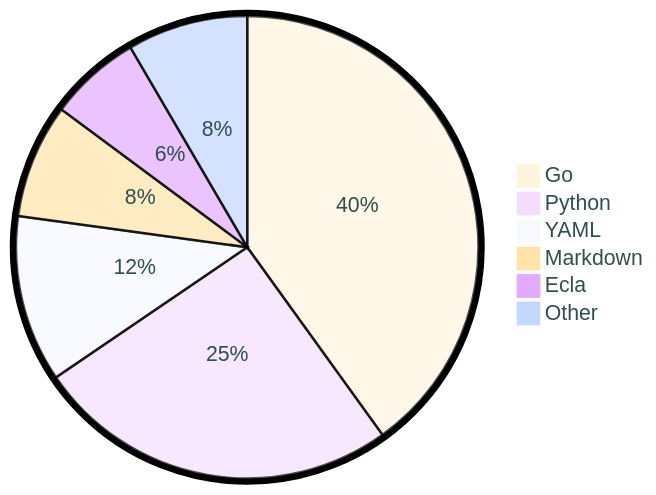
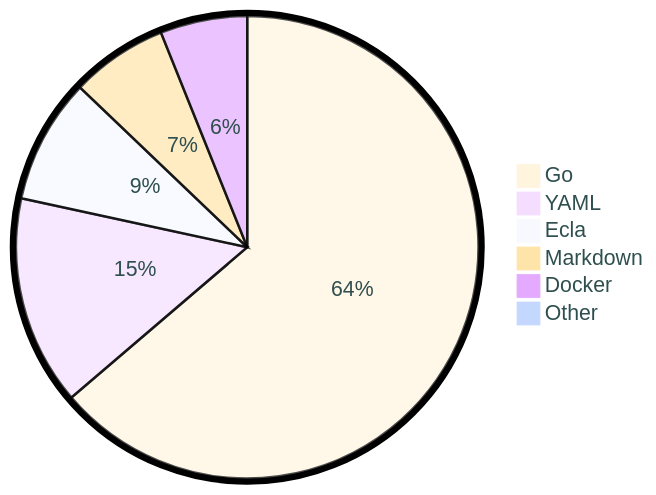
Before and after one commit to tot0p/tot0p: the diagram in README.md, drawn with Mermaid. The commit also changed other lines of this file, not shown here.

````diff
--- a/README.md
+++ b/README.md
@@ -80,10 +77,10 @@
 ```mermaid
 %%{init: {"pie": {"textPosition": 0.5}, "themeVariables": {"pieOuterStrokeWidth": "5px","primaryTextColor" : "#2F4F4F"},"theme":"base"} }%%
 pie
-	"Go": 40.06
-	"Python": 25.43
-	"YAML": 11.67
-	"Markdown": 8.0
-	"Ecla": 6.42
-	"Other": 8.42
+	"Go": 63.52
+	"YAML": 14.6
+	"Ecla": 8.71
+	"Markdown": 6.76
+	"Docker": 6.06
+	"Other": 0.35
 ```
````
